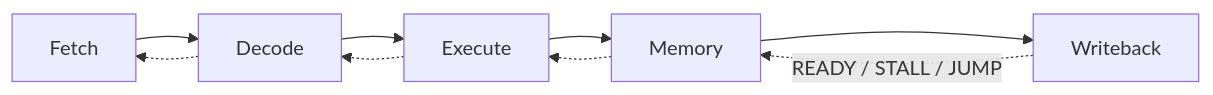
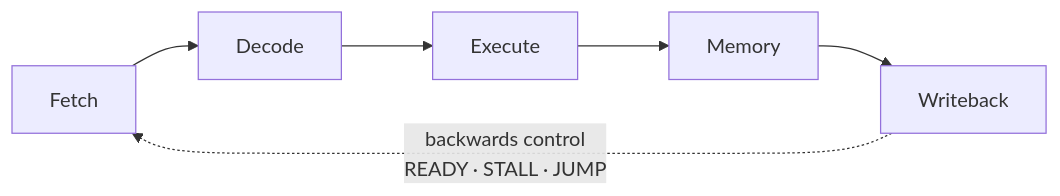
The diagram in README.md (Sarkar22/hades-v-plus), drawn with Mermaid before and after one commit. The commit also changed other lines of this file, not shown here.

Commit message:
README: simplify the pipeline diagram's control path
The four stage-to-stage backward edges rendered antiparallel to the forward
ones between adjacent nodes, so they overlapped and read as bidirectional
arrows rather than as a separate control path. Replaced with a single
labelled return arc, and the caption now states that control propagates one
stage at a time rather than broadcasting.

````diff
--- a/README.md
+++ b/README.md
@@ -86,8 +86,5 @@
 ```mermaid
 flowchart LR
     F["Fetch"] --> D["Decode"] --> E["Execute"] --> M["Memory"] --> W["Writeback"]
-    W -.->|"READY / STALL / JUMP"| M
-    M -.-> E
-    E -.-> D
-    D -.-> F
+    W -. "backwards control<br/>READY · STALL · JUMP" .-> F
 ```
````
